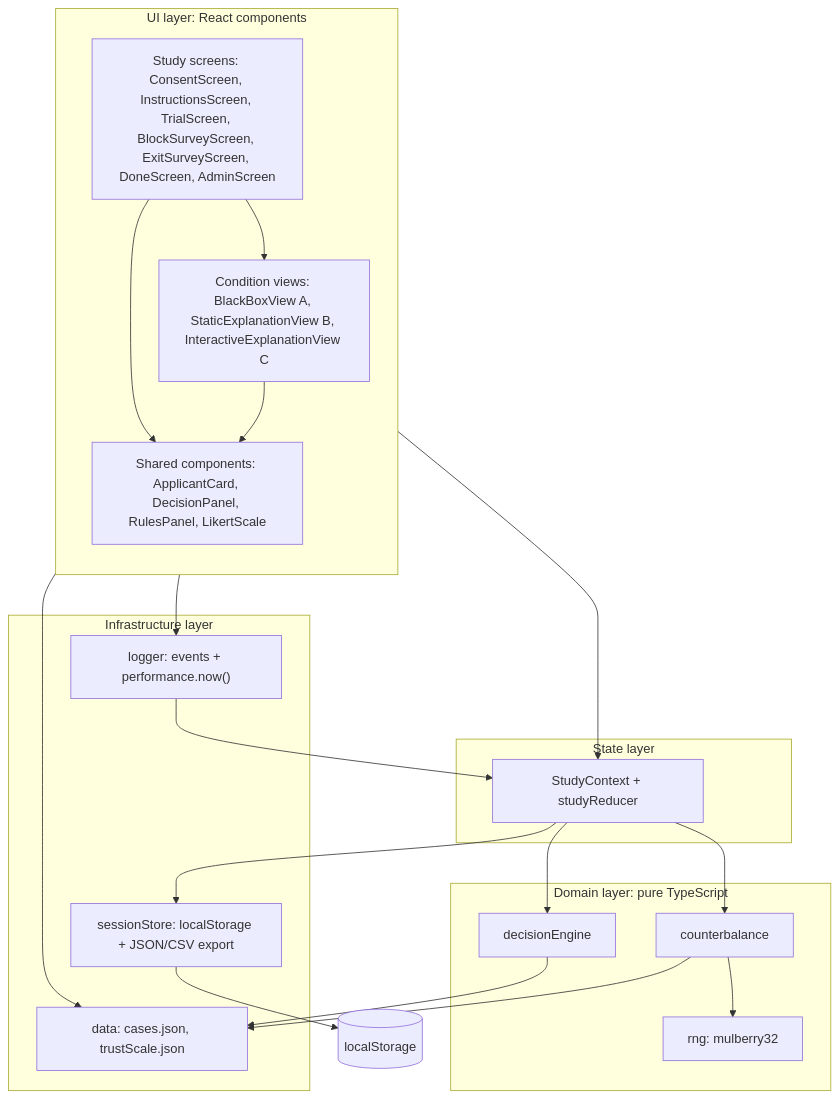
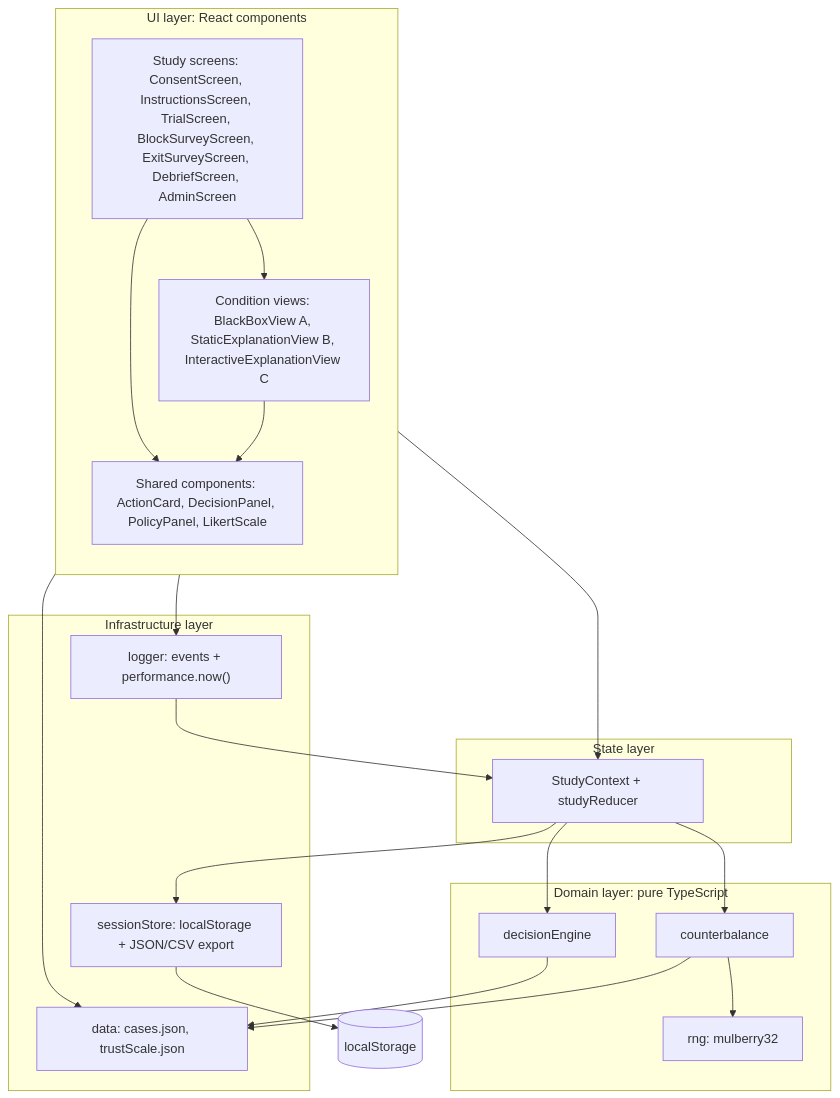
Before and after one commit to bibekgupta3333/HCI: the second of 3 diagrams in docs/architecture.md, drawn with Mermaid. The commit also changed other lines of this file and 10 other files, not shown here.

````diff
--- a/docs/architecture.md
+++ b/docs/architecture.md
@@ -29,40 +29,40 @@
 ```mermaid
 flowchart TB
     subgraph UI["UI layer: React components"]
         direction TB
-        Screens["Study screens: ConsentScreen, InstructionsScreen, TrialScreen, BlockSurveyScreen, ExitSurveyScreen, DoneScreen, AdminScreen"]
+        Screens["Study screens: ConsentScreen, InstructionsScreen, TrialScreen, BlockSurveyScreen, ExitSurveyScreen, DebriefScreen, AdminScreen"]
         Cond["Condition views: BlackBoxView A, StaticExplanationView B, InteractiveExplanationView C"]
-        Shared["Shared components: ApplicantCard, DecisionPanel, RulesPanel, LikertScale"]
+        Shared["Shared components: ActionCard, DecisionPanel, PolicyPanel, LikertScale"]
         Screens --> Cond
         Screens --> Shared
         Cond --> Shared
     end
 
     subgraph STATE["State layer"]
         Ctx["StudyContext + studyReducer"]
     end
 
     subgraph DOMAIN["Domain layer: pure TypeScript"]
         DE["decisionEngine"]
         CB["counterbalance"]
         RNG["rng: mulberry32"]
         CB --> RNG
     end
 
     subgraph INFRA["Infrastructure layer"]
         LOG["logger: events + performance.now()"]
         SS["sessionStore: localStorage + JSON/CSV export"]
         DATA["data: cases.json, trustScale.json"]
     end
 
     Screens --> Ctx
     Screens --> LOG
     Ctx --> DE
     Ctx --> CB
     Ctx --> SS
     LOG --> Ctx
     DE --> DATA
     CB --> DATA
     Screens --> DATA
     SS --> LS[("localStorage")]
 ```
````
